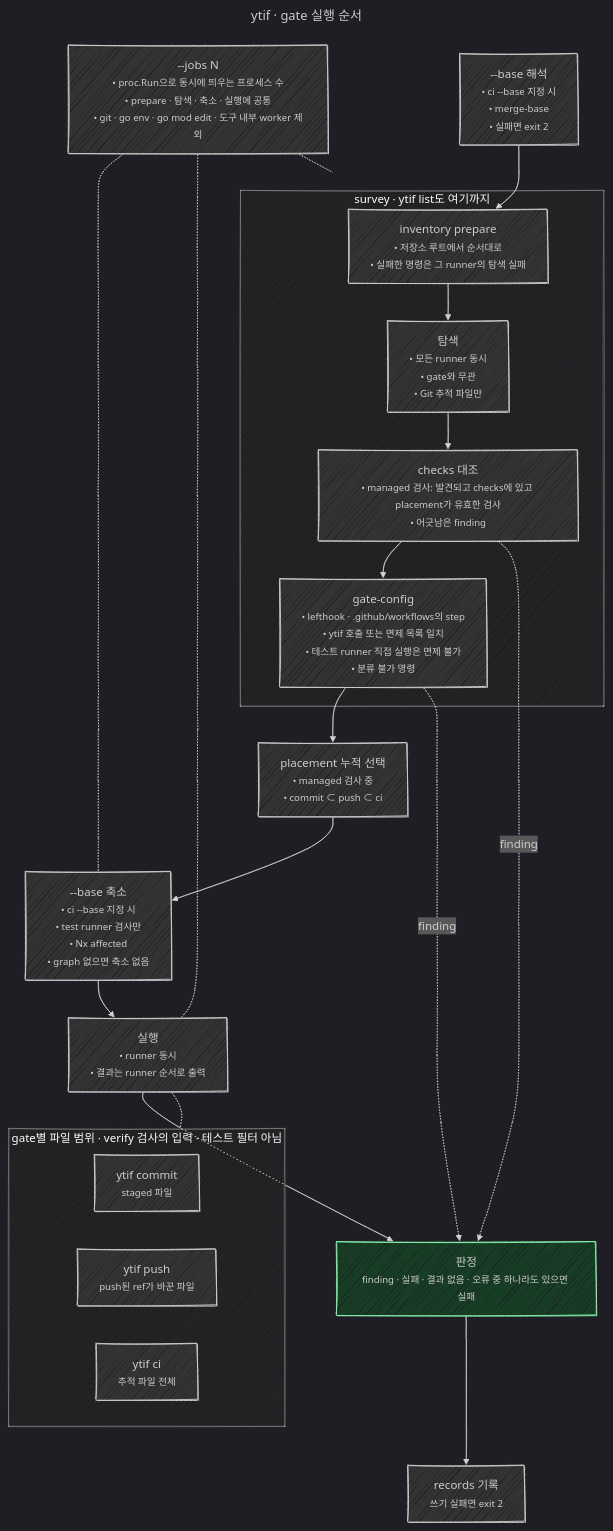
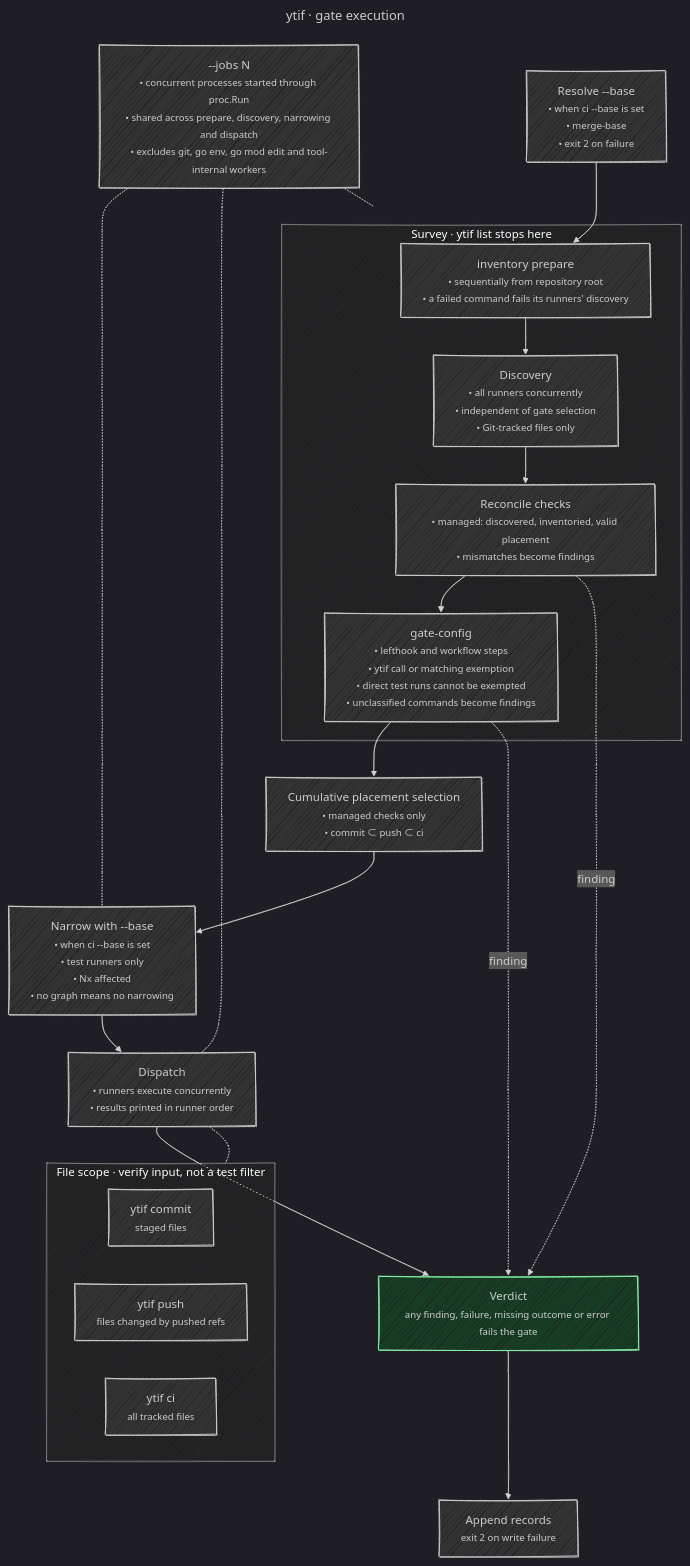
Before and after one commit to undervoke/ytif: the diagram in blueprint/gates.mermaid, drawn with Mermaid. The commit also changed 3 other files, not shown here.

```diff
--- a/blueprint/gates.mermaid
+++ b/blueprint/gates.mermaid
@@ -1,50 +1,50 @@
 ---
-title: ytif · gate 실행 순서
+title: ytif · gate execution
 config:
   look: handDrawn
   handDrawnSeed: 5
   theme: dark
   themeVariables:
     mainBkg: "#333333"
     clusterBkg: "#242424"
   themeCSS: |
     small { display: inline-block; text-align: left; }
   flowchart:
     wrappingWidth: 300
 ---
 %% Behavior authority: README.md (Gates, The inventory, gate-config paragraphs) and internal/gate (gate.go Run, survey.go NewSurvey, collect.go, present.go), internal/reconcile, internal/gateconf, internal/proc, internal/affected.
 %% ytif list runs the same survey (list.go) and stops there.
 %% --jobs N bounds the processes ytif starts through proc.Run across preparation, discovery, narrowing and dispatch (gate.go:72); workers inside a started tool are the project's configuration. Preparation and narrowing run alone, before and after discovery.
 %% Findings do not short-circuit dispatch; a selected check whose run would also run an unselected check is held back without an outcome. The verdict fails on any finding, failed check, check without an outcome, invocation error, or run problem (present.go:107-109).
 %% Early errors (unknown gate, unresolved --base, unreadable inventory or exemptions, unreadable file scope) exit 2 without records; a records write failure also exits 2.
 %% Narrowing drops only test-runner checks whose unit lies in an Nx project the changes since the merge base do not affect; verify checks and units outside every project stay. Without nx.json or a graph, nothing is narrowed.
 flowchart TB
-  Base["--base 해석<br/><small>• ci --base 지정 시<br/>• merge-base<br/>• 실패면 exit 2</small>"]
-  subgraph Survey["survey · ytif list도 여기까지"]
-    Prepare["inventory prepare<br/><small>• 저장소 루트에서 순서대로<br/>• 실패한 명령은 그 runner의 탐색 실패</small>"]
-    Discover["탐색<br/><small>• 모든 runner 동시<br/>• gate와 무관<br/>• Git 추적 파일만</small>"]
-    Reconcile["checks 대조<br/><small>• managed 검사: 발견되고 checks에 있고 placement가 유효한 검사<br/>• 어긋남은 finding</small>"]
-    GateConf["gate-config<br/><small>• lefthook · .github/workflows의 step<br/>• ytif 호출 또는 면제 목록 일치<br/>• 테스트 runner 직접 실행은 면제 불가<br/>• 분류 불가 명령</small>"]
+  Base["Resolve --base<br/><small>• when ci --base is set<br/>• merge-base<br/>• exit 2 on failure</small>"]
+  subgraph Survey["Survey · ytif list stops here"]
+    Prepare["inventory prepare<br/><small>• sequentially from repository root<br/>• a failed command fails its runners' discovery</small>"]
+    Discover["Discovery<br/><small>• all runners concurrently<br/>• independent of gate selection<br/>• Git-tracked files only</small>"]
+    Reconcile["Reconcile checks<br/><small>• managed: discovered, inventoried, valid placement<br/>• mismatches become findings</small>"]
+    GateConf["gate-config<br/><small>• lefthook and workflow steps<br/>• ytif call or matching exemption<br/>• direct test runs cannot be exempted<br/>• unclassified commands become findings</small>"]
     Prepare --> Discover --> Reconcile --> GateConf
   end
-  Select["placement 누적 선택<br/><small>• managed 검사 중<br/>• commit ⊂ push ⊂ ci</small>"]
-  Narrow["--base 축소<br/><small>• ci --base 지정 시<br/>• test runner 검사만<br/>• Nx affected<br/>• graph 없으면 축소 없음</small>"]
-  Dispatch["실행<br/><small>• runner 동시<br/>• 결과는 runner 순서로 출력</small>"]
-  Verdict["판정<br/><small>finding · 실패 · 결과 없음 · 오류 중 하나라도 있으면 실패</small>"]
-  Records["records 기록<br/><small>쓰기 실패면 exit 2</small>"]
-  Jobs["--jobs N<br/><small>• proc.Run으로 동시에 띄우는 프로세스 수<br/>• prepare · 탐색 · 축소 · 실행에 공통<br/>• git · go env · go mod edit · 도구 내부 worker 제외</small>"]
-  subgraph Scope["gate별 파일 범위 · verify 검사의 입력 · 테스트 필터 아님"]
-    C["ytif commit<br/><small>staged 파일</small>"]
-    P["ytif push<br/><small>push된 ref가 바꾼 파일</small>"]
-    I["ytif ci<br/><small>추적 파일 전체</small>"]
+  Select["Cumulative placement selection<br/><small>• managed checks only<br/>• commit ⊂ push ⊂ ci</small>"]
+  Narrow["Narrow with --base<br/><small>• when ci --base is set<br/>• test runners only<br/>• Nx affected<br/>• no graph means no narrowing</small>"]
+  Dispatch["Dispatch<br/><small>• runners execute concurrently<br/>• results printed in runner order</small>"]
+  Verdict["Verdict<br/><small>any finding, failure, missing outcome or error fails the gate</small>"]
+  Records["Append records<br/><small>exit 2 on write failure</small>"]
+  Jobs["--jobs N<br/><small>• concurrent processes started through proc.Run<br/>• shared across prepare, discovery, narrowing and dispatch<br/>• excludes git, go env, go mod edit and tool-internal workers</small>"]
+  subgraph Scope["File scope · verify input, not a test filter"]
+    C["ytif commit<br/><small>staged files</small>"]
+    P["ytif push<br/><small>files changed by pushed refs</small>"]
+    I["ytif ci<br/><small>all tracked files</small>"]
   end
   Base --> Prepare
   GateConf --> Select --> Narrow --> Dispatch --> Verdict --> Records
   Reconcile -.->|finding| Verdict
   GateConf -.->|finding| Verdict
   Jobs -.- Survey
   Jobs -.- Narrow
   Jobs -.- Dispatch
   Dispatch -.- Scope
   classDef em fill:#173d25,stroke:#86efac
   class Verdict em
```
